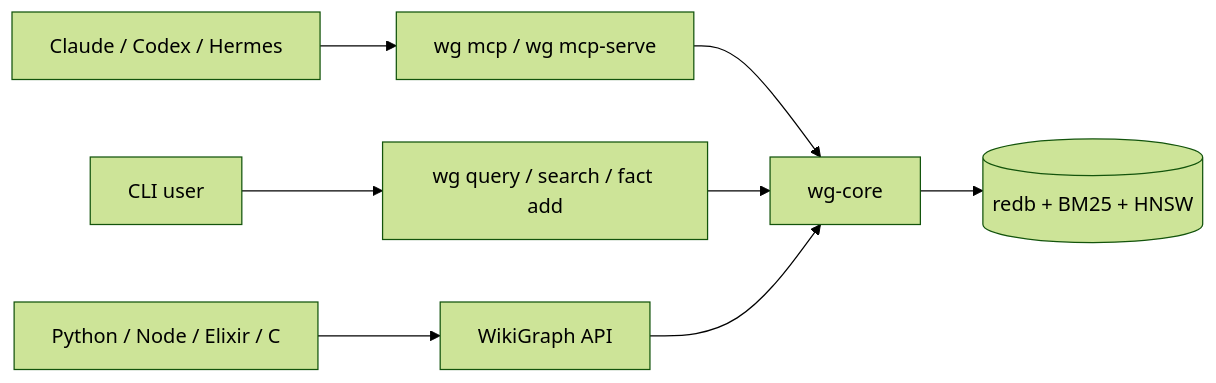
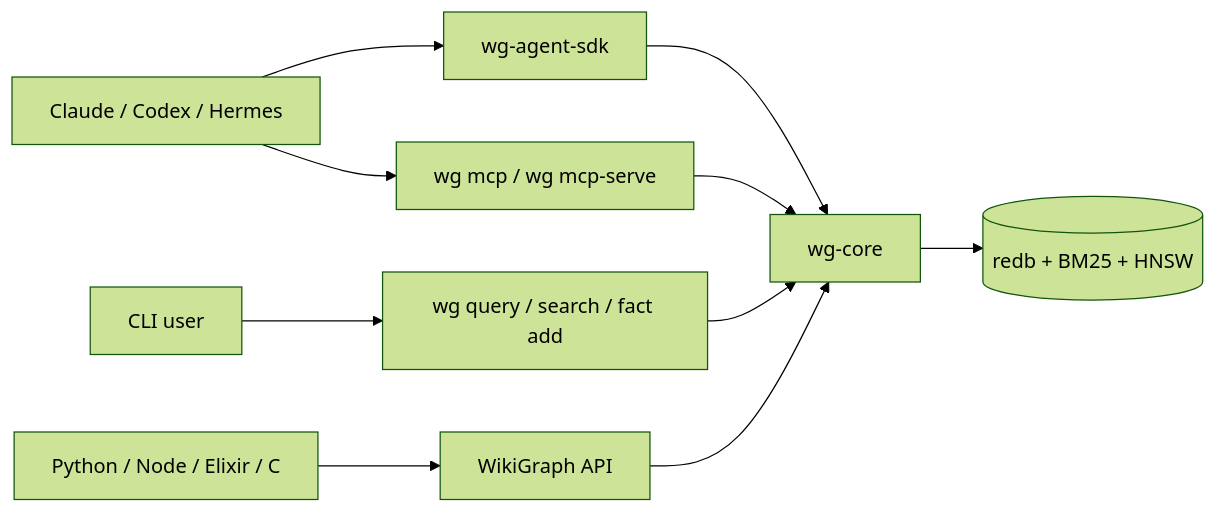
Before and after one commit to taeyun16/aidememo: the diagram in README.md, drawn with Mermaid (forest theme). The commit also changed other lines of this file and 7 other files, not shown here.

Commit message:
docs: reposition wg as agent SDK memory

````diff
--- a/README.md
+++ b/README.md
@@ -33,10 +36,12 @@
 ```mermaid
 flowchart LR
-    Agent["Claude / Codex / Hermes"] --> MCP["wg mcp / wg mcp-serve"]
+    Agent["Claude / Codex / Hermes"] --> SDK["wg-agent-sdk"]
+    Agent --> MCP["wg mcp / wg mcp-serve"]
     Human["CLI user"] --> CLI["wg query / search / fact add"]
     Plugin["Python / Node / Elixir / C"] --> API["WikiGraph API"]
+    SDK --> Core["wg-core"]
     MCP --> Core["wg-core"]
     CLI --> Core
     API --> Core
     Core --> Store[("redb + BM25 + HNSW")]
 ```
````
